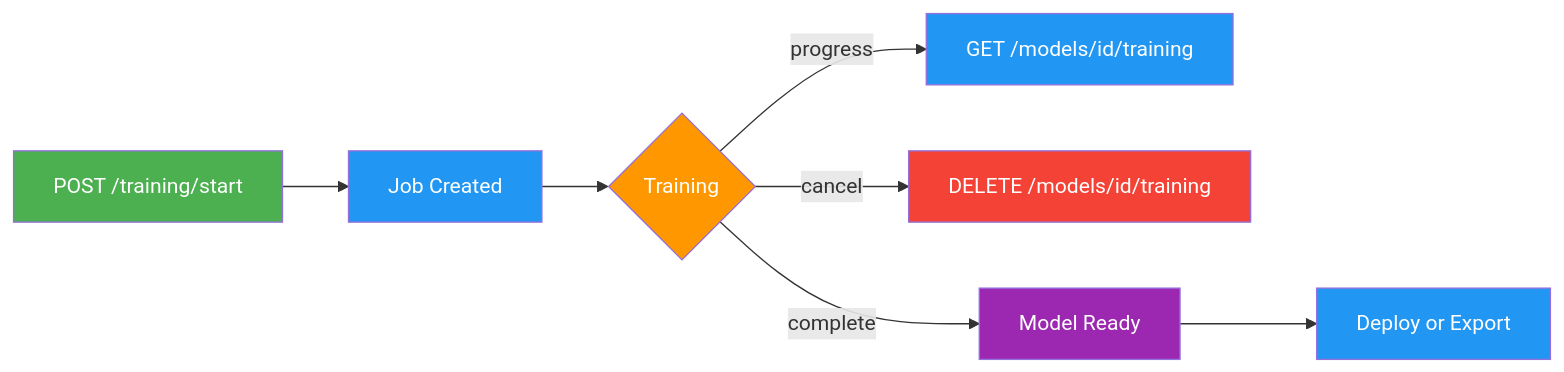
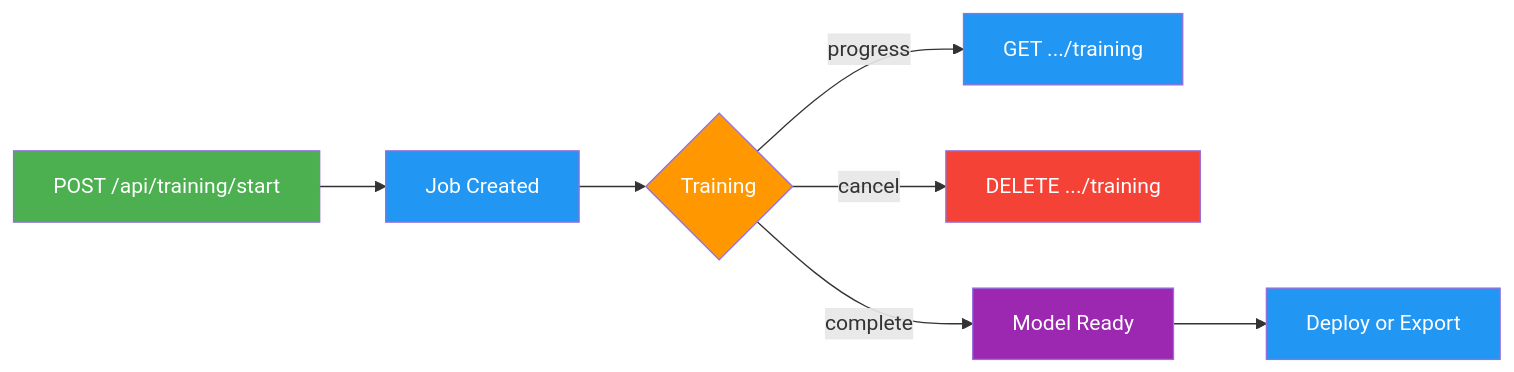
The third of 4 diagrams in orddc2024/predictors/yolo26/docs/en/platform/api/index.md (himanshunaidu/orddc2024_yolo_sidewalk), drawn with Mermaid before and after one commit. The commit also changed other lines of this file and 538 other files, not shown here.

````diff
--- a/orddc2024/predictors/yolo26/docs/en/platform/api/index.md
+++ b/orddc2024/predictors/yolo26/docs/en/platform/api/index.md
@@ -1014,15 +1481,15 @@
 ```mermaid
 graph LR
-    A[POST /training/start]:::start --> B[Job Created]:::proc
+    A[POST /api/training/start]:::start --> B[Job Created]:::proc
     B --> C{Training}:::decide
-    C -->|progress| D[GET /models/id/training]:::proc
-    C -->|cancel| E[DELETE /models/id/training]:::error
+    C -->|progress| D[GET .../training]:::proc
+    C -->|cancel| E[DELETE .../training]:::error
     C -->|complete| F[Model Ready]:::out
     F --> G[Deploy or Export]:::proc
 
     classDef start fill:#4CAF50,color:#fff
     classDef proc fill:#2196F3,color:#fff
     classDef decide fill:#FF9800,color:#fff
     classDef out fill:#9C27B0,color:#fff
     classDef error fill:#F44336,color:#fff
 ```
````
